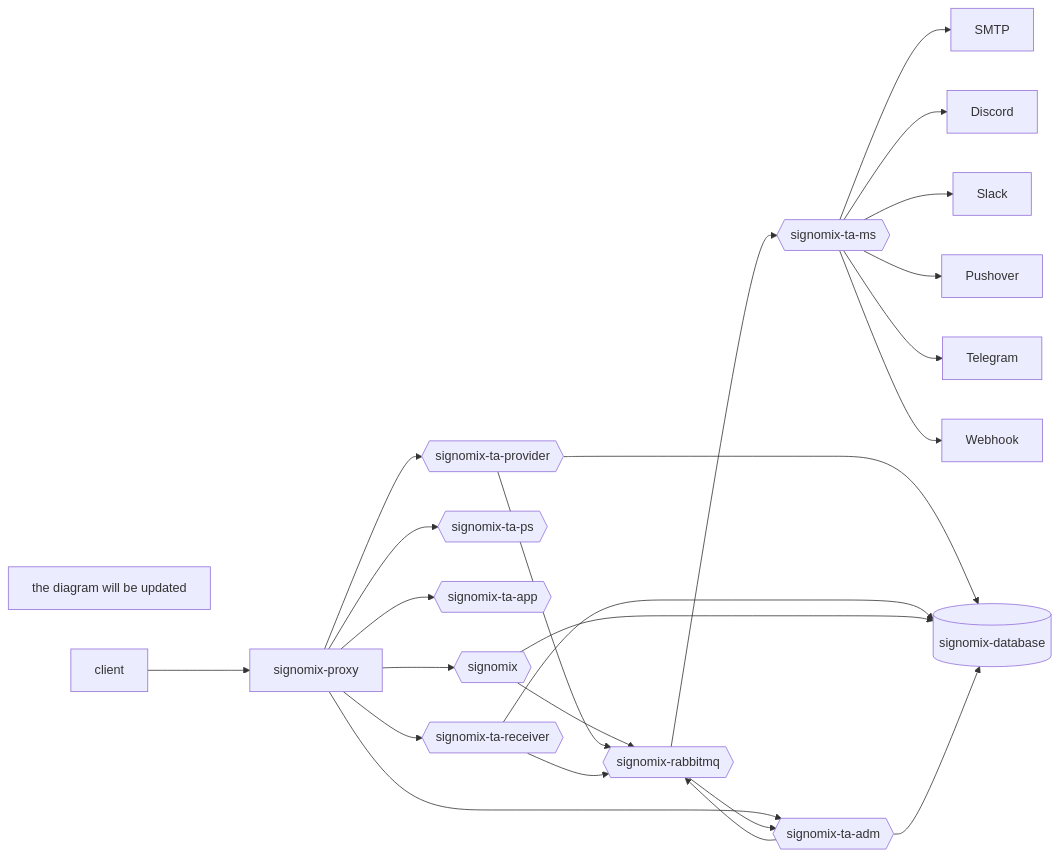
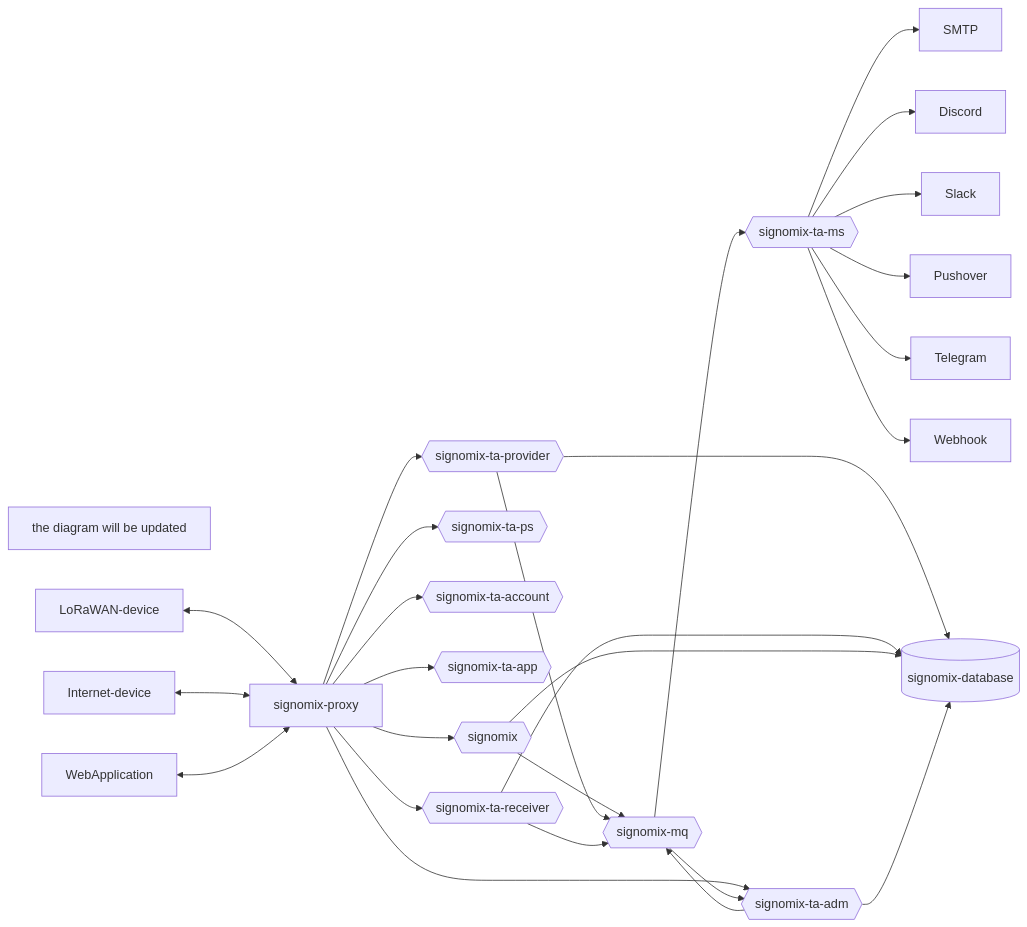
The diagram in README.md (signomix/signomix), drawn with Mermaid before and after one commit. The commit also changed other lines of this file and 3 other files, not shown here.

````diff
--- a/README.md
+++ b/README.md
@@ -69,38 +70,42 @@
 ```mermaid
 flowchart LR
   info1[the diagram will be updated]
   signomix-proxy
   signomix{{signomix}}
   ta-ps{{signomix-ta-ps}}
+  ta-account{{signomix-ta-account}}
   ta-app{{signomix-ta-app}}
   ta-adm{{signomix-ta-adm}}
   ta-receiver{{signomix-ta-receiver}}
   ta-provider{{signomix-ta-provider}}
-  ta-mq{{signomix-rabbitmq}}
+  ta-mq{{signomix-mq}}
   ta-ms{{signomix-ta-ms}}
   ta-database[(signomix-database)]
-  client-->signomix-proxy
+  LoRaWAN-device<-->signomix-proxy
+  Internet-device<-->signomix-proxy
+  WebApplication<-->signomix-proxy
   signomix-proxy-->signomix
   signomix-proxy-->ta-ps
+  signomix-proxy-->ta-account
   signomix-proxy-->ta-app
   signomix-proxy-->ta-adm
   signomix-proxy-->ta-receiver
   signomix-proxy-->ta-provider
   signomix-->ta-mq
   ta-adm-->ta-mq
   ta-provider-->ta-mq
   ta-receiver-->ta-mq
   ta-mq-->ta-ms
   ta-mq-->ta-adm
   ta-provider-->ta-database
   ta-receiver-->ta-database
   signomix-->ta-database
   ta-adm-->ta-database
   ta-ms-->SMTP
   ta-ms-->Discord
   ta-ms-->Slack
   ta-ms-->Pushover
   ta-ms-->Telegram
   ta-ms-->Webhook
 
 ```
````
